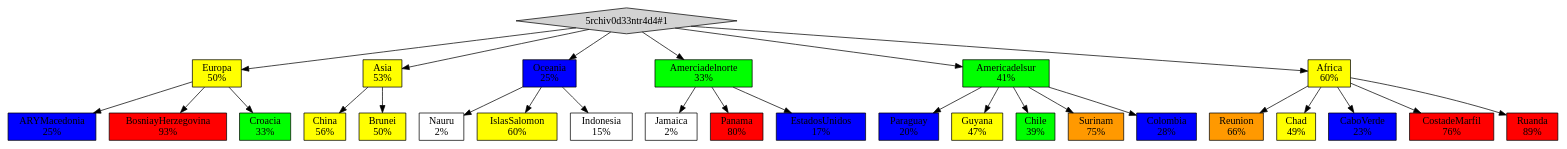
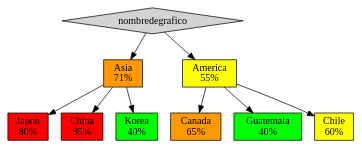
The diagram in Proyecto1/grafo.dot (Brandon22023/-LFP-2S24Proyectos_202300813), drawn with Graphviz before and after one commit. The commit also changed 10 other files, not shown here.

```diff
--- a/Proyecto1/grafo.dot
+++ b/Proyecto1/grafo.dot
@@ -1,58 +1,20 @@
 digraph Grafo {
 node [shape=box, style=filled];
-n0 [label= "5rchiv0d33ntr4d4#1", shape=diamond];
-n1 [label="Europa\n50%", fillcolor="#FFFF00"];
-n2 [label="Asia\n53%", fillcolor="#FFFF00"];
-n3 [label="Oceania\n25%", fillcolor="#0000FF"];
-n4 [label="Amerciadelnorte\n33%", fillcolor="#00FF00"];
-n5 [label="Americadelsur\n41%", fillcolor="#00FF00"];
-n6 [label="Africa\n60%", fillcolor="#FFFF00"];
-n7 [label="ARYMacedonia\n25%", fillcolor="#0000FF"];
-n8 [label="BosniayHerzegovina\n93%", fillcolor="#FF0000"];
-n9 [label="Croacia\n33%", fillcolor="#00FF00"];
-n10 [label="China\n56%", fillcolor="#FFFF00"];
-n11 [label="Brunei\n50%", fillcolor="#FFFF00"];
-n12 [label="Nauru\n2%", fillcolor="#FFFFFF"];
-n13 [label="IslasSalomon\n60%", fillcolor="#FFFF00"];
-n14 [label="Indonesia\n15%", fillcolor="#FFFFFF"];
-n15 [label="Jamaica\n2%", fillcolor="#FFFFFF"];
-n16 [label="Panama\n80%", fillcolor="#FF0000"];
-n17 [label="EstadosUnidos\n17%", fillcolor="#0000FF"];
-n18 [label="Paraguay\n20%", fillcolor="#0000FF"];
-n19 [label="Guyana\n47%", fillcolor="#FFFF00"];
-n20 [label="Chile\n39%", fillcolor="#00FF00"];
-n21 [label="Surinam\n75%", fillcolor="#FF9900"];
-n22 [label="Colombia\n28%", fillcolor="#0000FF"];
-n23 [label="Reunion\n66%", fillcolor="#FF9900"];
-n24 [label="Chad\n49%", fillcolor="#FFFF00"];
-n25 [label="CaboVerde\n23%", fillcolor="#0000FF"];
-n26 [label="CostadeMarfil\n76%", fillcolor="#FF0000"];
-n27 [label="Ruanda\n89%", fillcolor="#FF0000"];
+n0 [label= "nombredegrafico", shape=diamond];
+n1 [label="Asia\n71%", fillcolor="#FF9900"];
+n2 [label="America\n55%", fillcolor="#FFFF00"];
+n3 [label="Japon\n80%", fillcolor="#FF0000"];
+n4 [label="China\n95%", fillcolor="#FF0000"];
+n5 [label="Korea\n40%", fillcolor="#00FF00"];
+n6 [label="Canada\n65%", fillcolor="#FF9900"];
+n7 [label="Guatemala\n40%", fillcolor="#00FF00"];
+n8 [label="Chile\n60%", fillcolor="#FFFF00"];
 n0 -> n1;
 n0 -> n2;
-n0 -> n3;
-n0 -> n4;
-n0 -> n5;
-n0 -> n6;
-n1 -> n7;
-n1 -> n8;
-n1 -> n9;
-n2 -> n10;
-n2 -> n11;
-n3 -> n12;
-n3 -> n13;
-n3 -> n14;
-n4 -> n15;
-n4 -> n16;
-n4 -> n17;
-n5 -> n18;
-n5 -> n19;
-n5 -> n20;
-n5 -> n21;
-n5 -> n22;
-n6 -> n23;
-n6 -> n24;
-n6 -> n25;
-n6 -> n26;
-n6 -> n27;
+n1 -> n3;
+n1 -> n4;
+n1 -> n5;
+n2 -> n6;
+n2 -> n7;
+n2 -> n8;
 }
```
